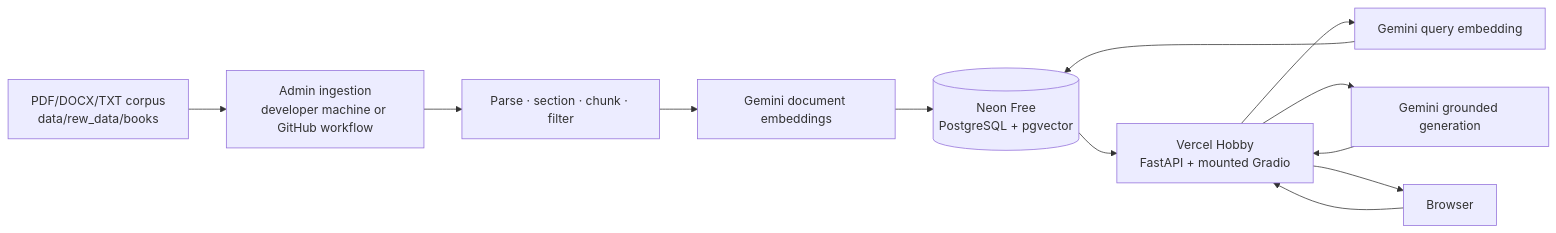
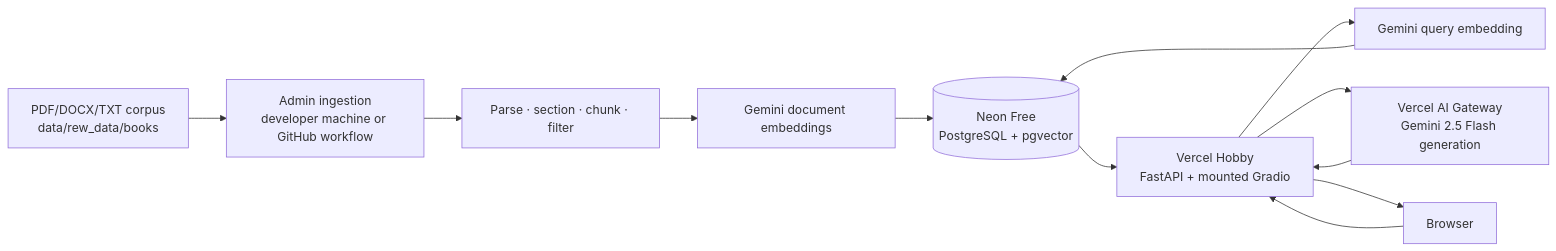
The fifth of 5 diagrams in README.md (ahmedelbamby-aast/Creativa-Hackathon-Clinical-Rag), drawn with Mermaid before and after one commit. The commit also changed other lines of this file and 11 other files, not shown here.

Commit message:
feat: route production generation through AI Gateway

````diff
--- a/README.md
+++ b/README.md
@@ -386,16 +388,16 @@
 ```mermaid
 flowchart LR
     corpus["PDF/DOCX/TXT corpus<br/>data/rew_data/books"]
     admin["Admin ingestion<br/>developer machine or GitHub workflow"]
     parsing["Parse · section · chunk · filter"]
     documentEmbeddings["Gemini document embeddings"]
     neon[("Neon Free<br/>PostgreSQL + pgvector")]
     browser["Browser"]
     vercel["Vercel Hobby<br/>FastAPI + mounted Gradio"]
     queryEmbedding["Gemini query embedding"]
-    generation["Gemini grounded generation"]
+    generation["Vercel AI Gateway<br/>Gemini 2.5 Flash generation"]
 
     corpus --> admin --> parsing --> documentEmbeddings --> neon
     browser --> vercel --> queryEmbedding --> neon
     neon --> vercel --> generation --> vercel --> browser
 ```
````
